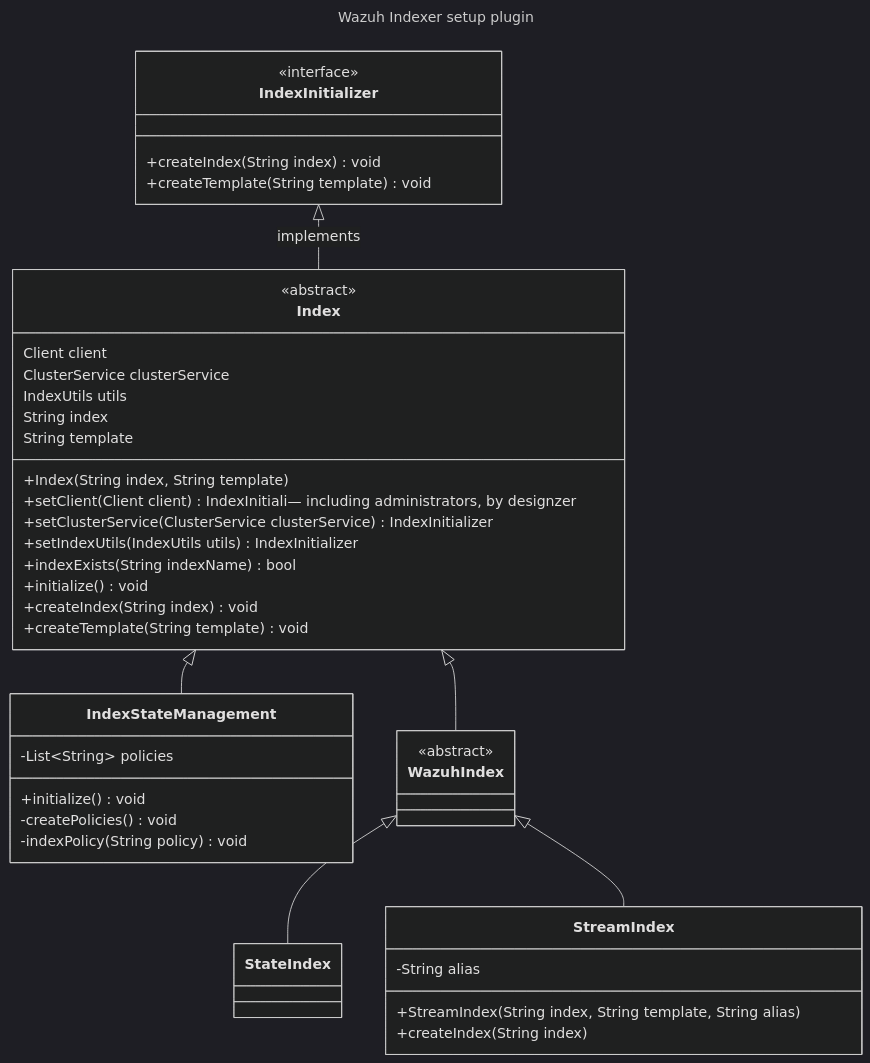
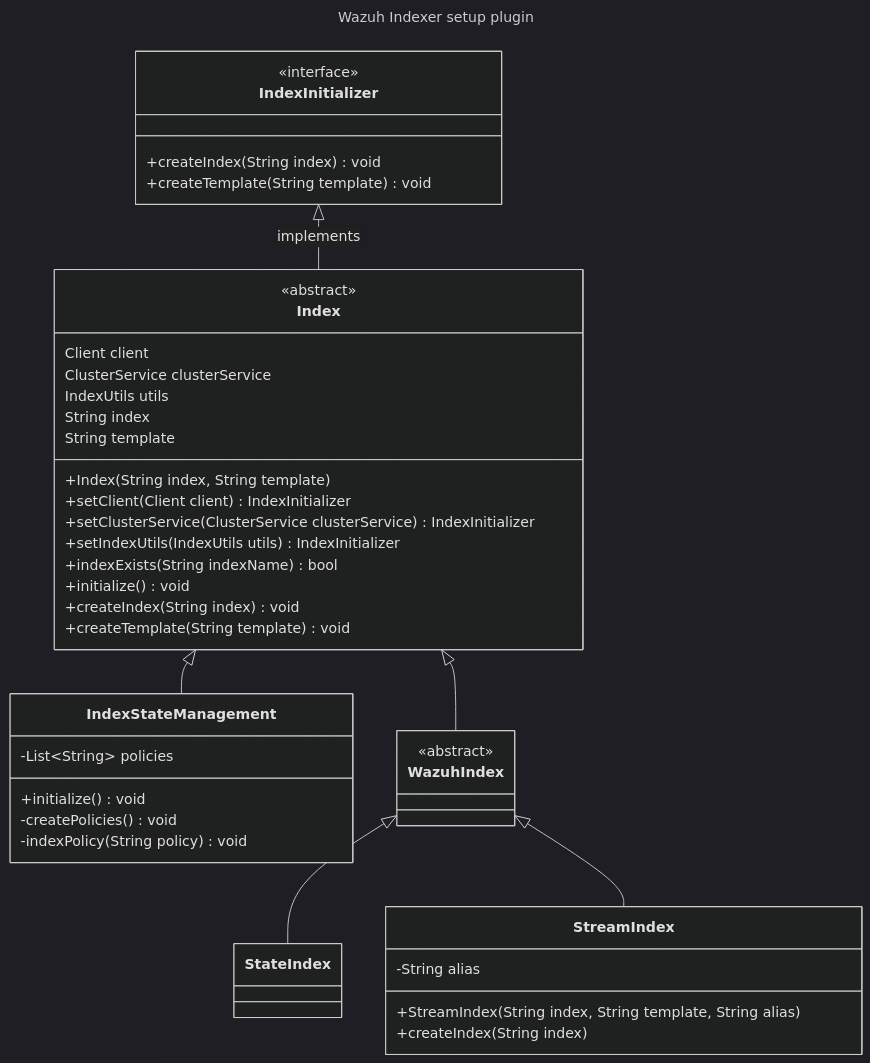
One commit to wazuh/wazuh-indexer-plugins changed the first of 2 diagrams in docs/dev/plugins/setup.md. Above: the diagram before and after it, drawn with Mermaid (dark theme).

````diff
--- a/docs/dev/plugins/setup.md
+++ b/docs/dev/plugins/setup.md
@@ -9,59 +9,59 @@
 ```mermaid
 ---
 title: Wazuh Indexer setup plugin
 ---
 classDiagram
     %% Classes
     class IndexInitializer
     <<interface>> IndexInitializer
     class Index
     <<abstract>> Index
     class IndexStateManagement
     class WazuhIndex
     <<abstract>> WazuhIndex
     class StateIndex
     class StreamIndex
 
     %% Relations
     IndexInitializer <|-- Index : implements
     Index <|-- IndexStateManagement
     Index <|-- WazuhIndex
     WazuhIndex <|-- StateIndex
     WazuhIndex <|-- StreamIndex
 
     %% Schemas
     class IndexInitializer {
         +createIndex(String index) void
         +createTemplate(String template) void
     }
     class Index {
         Client client
         ClusterService clusterService
         IndexUtils utils
         String index
         String template
         +Index(String index, String template)
-        +setClient(Client client) IndexInitiali— including administrators, by designzer
+        +setClient(Client client) IndexInitializer
         +setClusterService(ClusterService clusterService) IndexInitializer
         +setIndexUtils(IndexUtils utils) IndexInitializer
         +indexExists(String indexName) bool
         +initialize() void
         +createIndex(String index) void
         +createTemplate(String template) void
     }
     class IndexStateManagement {
         -List~String~ policies
         +initialize() void
         -createPolicies() void
         -indexPolicy(String policy) void
     }
     class WazuhIndex {
     }
     class StreamIndex {
         -String alias
         +StreamIndex(String index, String template, String alias)
         +createIndex(String index)
     }
     class StateIndex {
     }
 ```
````
